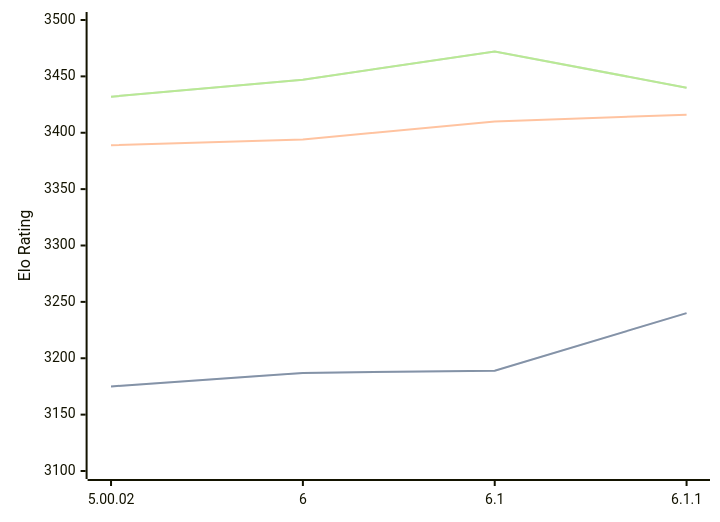
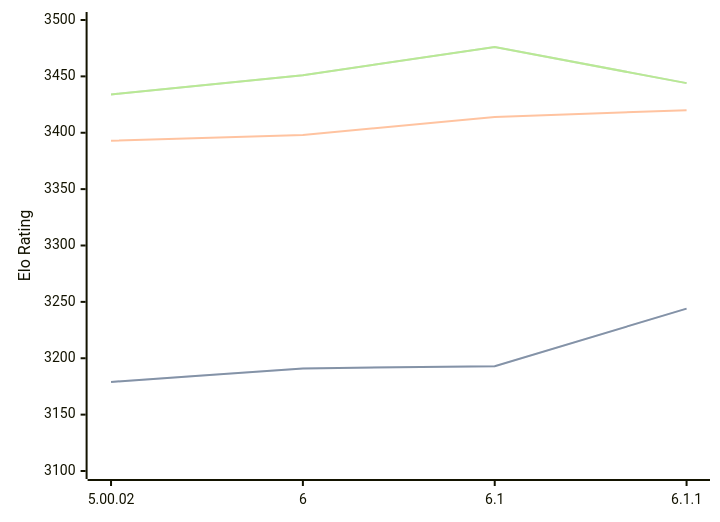
Before and after one commit to computer-chess-index/cci: the diagram in engines/Zangdar.md, drawn with Mermaid. The commit also changed other lines of this file, not shown here.

Commit message:
Update CCI Ratings (ELO VLTC) - 2026-05-02

````diff
--- a/engines/Zangdar.md
+++ b/engines/Zangdar.md
@@ -46,11 +46,11 @@
 ```mermaid
 %%{init: {"theme":"base","themeVariables":{"seriesColors:['#a3a3a3','#222221','#faa371']}}}%%
 xychart-beta
   x-axis ["5.00.02", "6", "6.1", "6.1.1"]
   y-axis "Elo Rating" 3100 --> 3500
-  line "STC (8.0+0.08s)" [3175, 3187, 3189, 3240]
-  line "STC (8.0+0.08s)" [3175, 3187, 3189, 3240]
-  line "LTC (60.0+0.60s)" [3389, 3394, 3410, 3416]
-  line "VLTC (2m24s+1.12s)" [3432, 3447, 3472, 3440]
-  line "VLTC (2m24s+1.12s)" [3432, 3447, 3472, 3440]
+  line "STC (8.0+0.08s)" [3179, 3191, 3193, 3244]
+  line "STC (8.0+0.08s)" [3179, 3191, 3193, 3244]
+  line "LTC (60.0+0.60s)" [3393, 3398, 3414, 3420]
+  line "VLTC (2m24s+1.12s)" [3434, 3451, 3476, 3444]
+  line "VLTC (2m24s+1.12s)" [3434, 3451, 3476, 3444]
 ```
````
